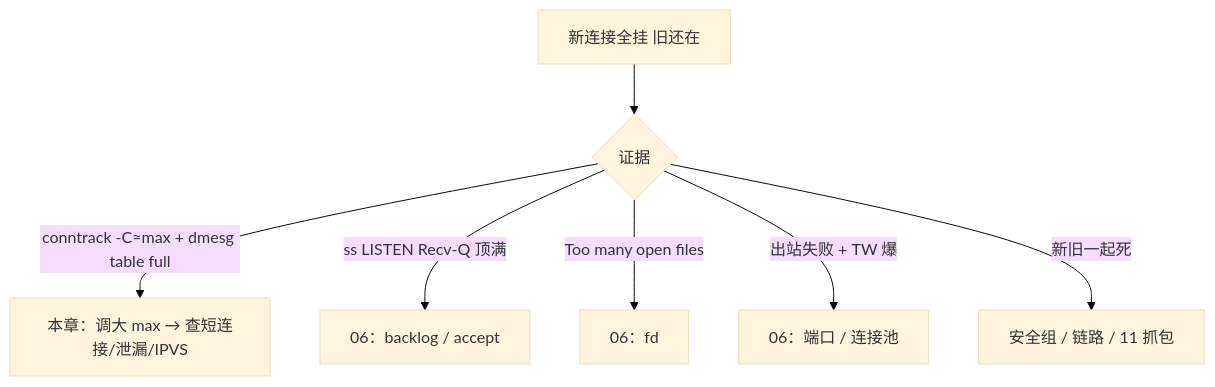
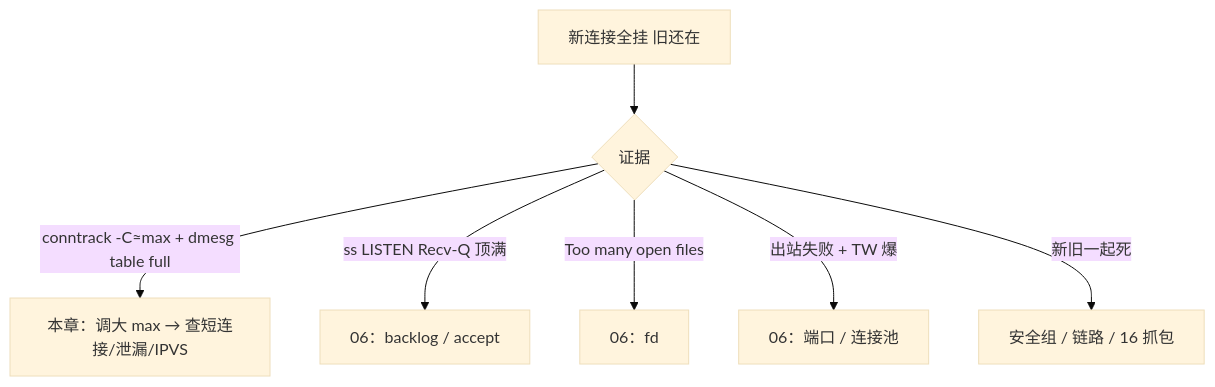
The fourth of 5 diagrams in 01-基础底座/17-iptables与conntrack/知识点.md (ml-cuizijun/LearnToLilith), drawn with Mermaid (base theme) before and after one commit. The commit also changed other lines of this file and 56 other files, not shown here.

````diff
--- a/01-基础底座/17-iptables与conntrack/知识点.md
+++ b/01-基础底座/17-iptables与conntrack/知识点.md
@@ -684,9 +684,9 @@
 ```mermaid
 flowchart TB
     A[新连接全挂 旧还在] --> B{证据}
     B -->|conntrack -C≈max + dmesg table full| C[本章：调大 max → 查短连接/泄漏/IPVS]
     B -->|ss LISTEN Recv-Q 顶满| D[06：backlog / accept]
     B -->|Too many open files| E[06：fd]
     B -->|出站失败 + TW 爆| F[06：端口 / 连接池]
-    B -->|新旧一起死| G[安全组 / 链路 / 11 抓包]
+    B -->|新旧一起死| G[安全组 / 链路 / 16 抓包]
 ```
````
